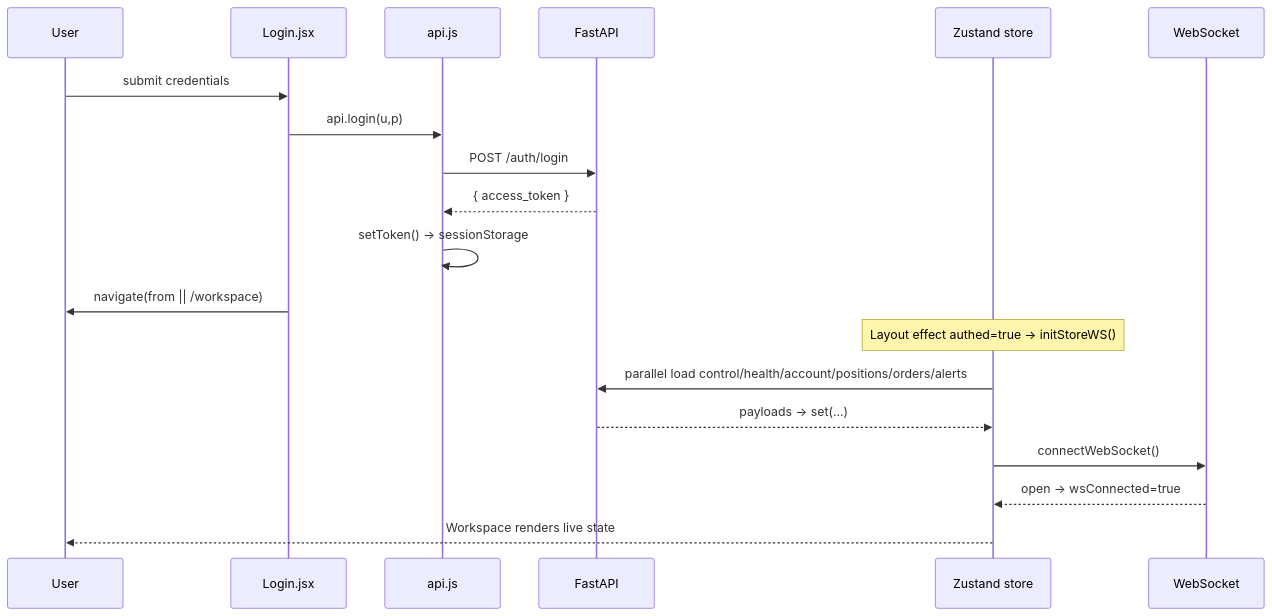
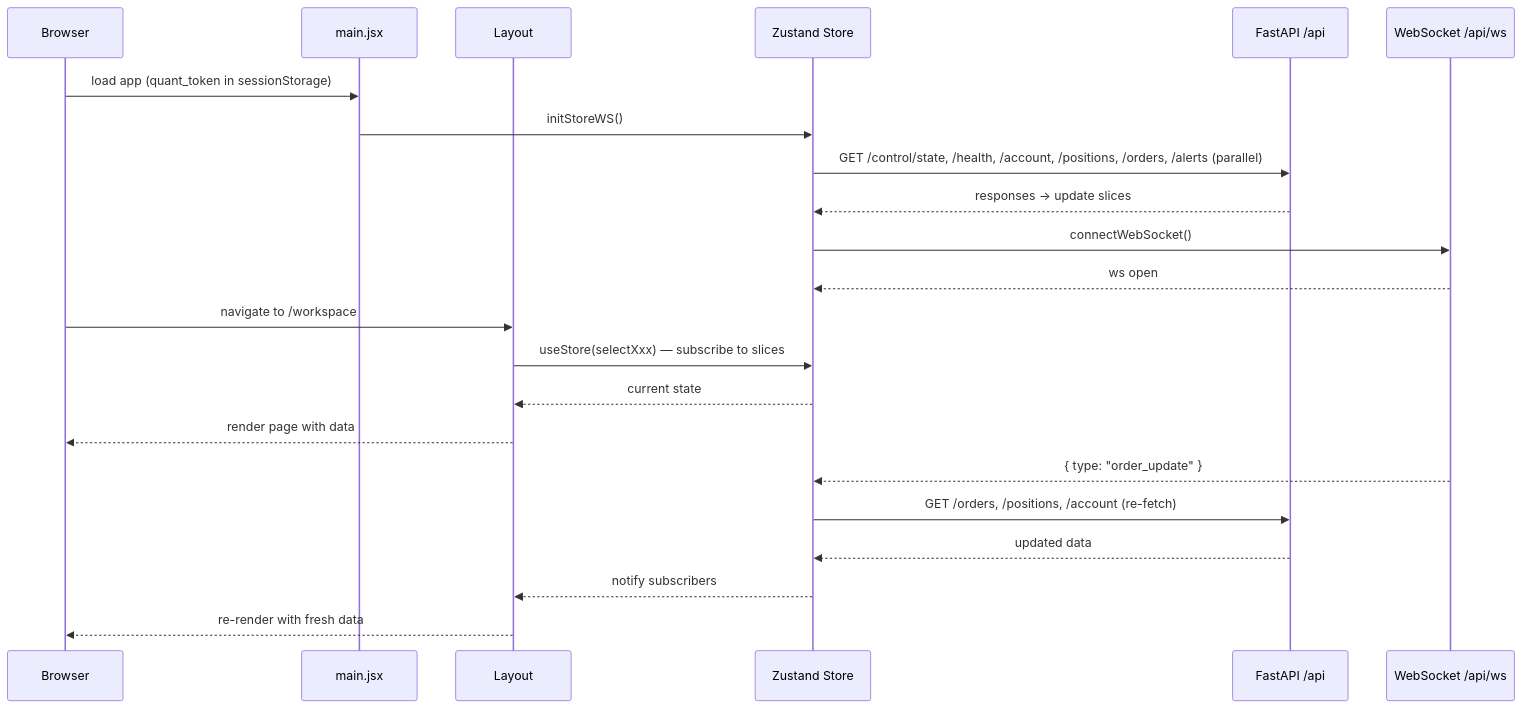
The first of 3 diagrams in docs/frontend-analysis/06-runtime-flows.md (pratikbadlani02/lodestar), drawn with Mermaid before and after one commit. The commit also changed other lines of this file and 12 other files, not shown here.

Commit message:
architecture documents

````diff
--- a/docs/frontend-analysis/06-runtime-flows.md
+++ b/docs/frontend-analysis/06-runtime-flows.md
@@ -16,21 +29,27 @@
 ```mermaid
 sequenceDiagram
-  participant U as User
-  participant L as Login.jsx
-  participant API as api.js
-  participant BE as FastAPI
-  participant ST as Zustand store
-  participant WS as WebSocket
-  U->>L: submit credentials
-  L->>API: api.login(u,p)
-  API->>BE: POST /auth/login
-  BE-->>API: { access_token }
-  API->>API: setToken() → sessionStorage
-  L->>U: navigate(from || /workspace)
-  Note over ST: Layout effect authed=true → initStoreWS()
-  ST->>BE: parallel load control/health/account/positions/orders/alerts
-  BE-->>ST: payloads → set(...)
-  ST->>WS: connectWebSocket()
-  WS-->>ST: open → wsConnected=true
-  ST-->>U: Workspace renders live state
+    participant Browser
+    participant main.jsx
+    participant Layout
+    participant Store as Zustand Store
+    participant API as FastAPI /api
+    participant WS as WebSocket /api/ws
+
+    Browser->>main.jsx: load app (quant_token in sessionStorage)
+    main.jsx->>Store: initStoreWS()
+    Store->>API: GET /control/state, /health, /account, /positions, /orders, /alerts (parallel)
+    API-->>Store: responses → update slices
+    Store->>WS: connectWebSocket()
+    WS-->>Store: ws open
+
+    Browser->>Layout: navigate to /workspace
+    Layout->>Store: useStore(selectXxx) — subscribe to slices
+    Store-->>Layout: current state
+    Layout-->>Browser: render page with data
+
+    WS-->>Store: { type: "order_update" }
+    Store->>API: GET /orders, /positions, /account (re-fetch)
+    API-->>Store: updated data
+    Store-->>Layout: notify subscribers
+    Layout-->>Browser: re-render with fresh data
 ```
````
